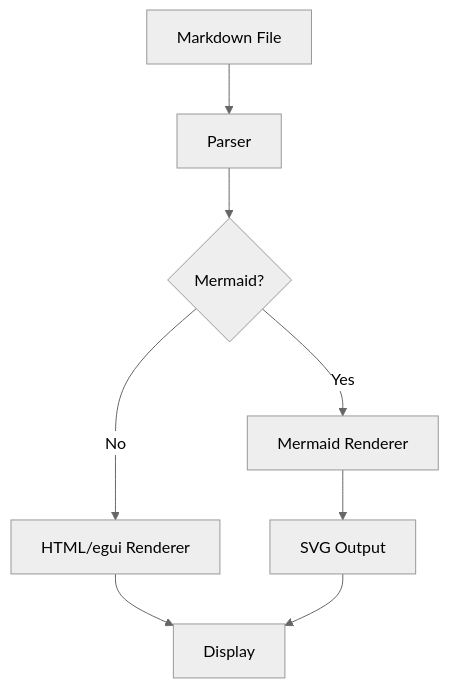
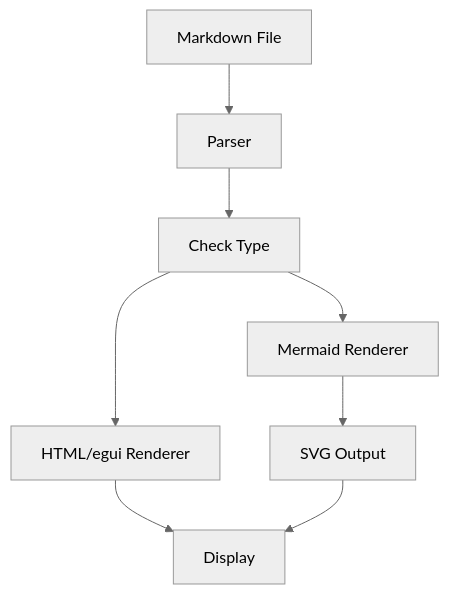
Before and after one commit to niraj-khatiwada/mdr: the first of 3 diagrams in test.md, drawn with Mermaid (neutral theme). The commit also changed other lines of this file and 2 other files, not shown here.

First line of the commit message:
Fix mermaid rendering in egui and improve diagram robustness

````diff
--- a/test.md
+++ b/test.md
@@ -37,10 +37,10 @@
 ```mermaid
 graph TD
     A[Markdown File] --> B[Parser]
-    B --> C{Mermaid?}
-    C -->|Yes| D[Mermaid Renderer]
-    C -->|No| E[HTML/egui Renderer]
+    B --> C[Check Type]
+    C --> D[Mermaid Renderer]
+    C --> E[HTML/egui Renderer]
     D --> F[SVG Output]
     E --> G[Display]
     F --> G
 ```
````
